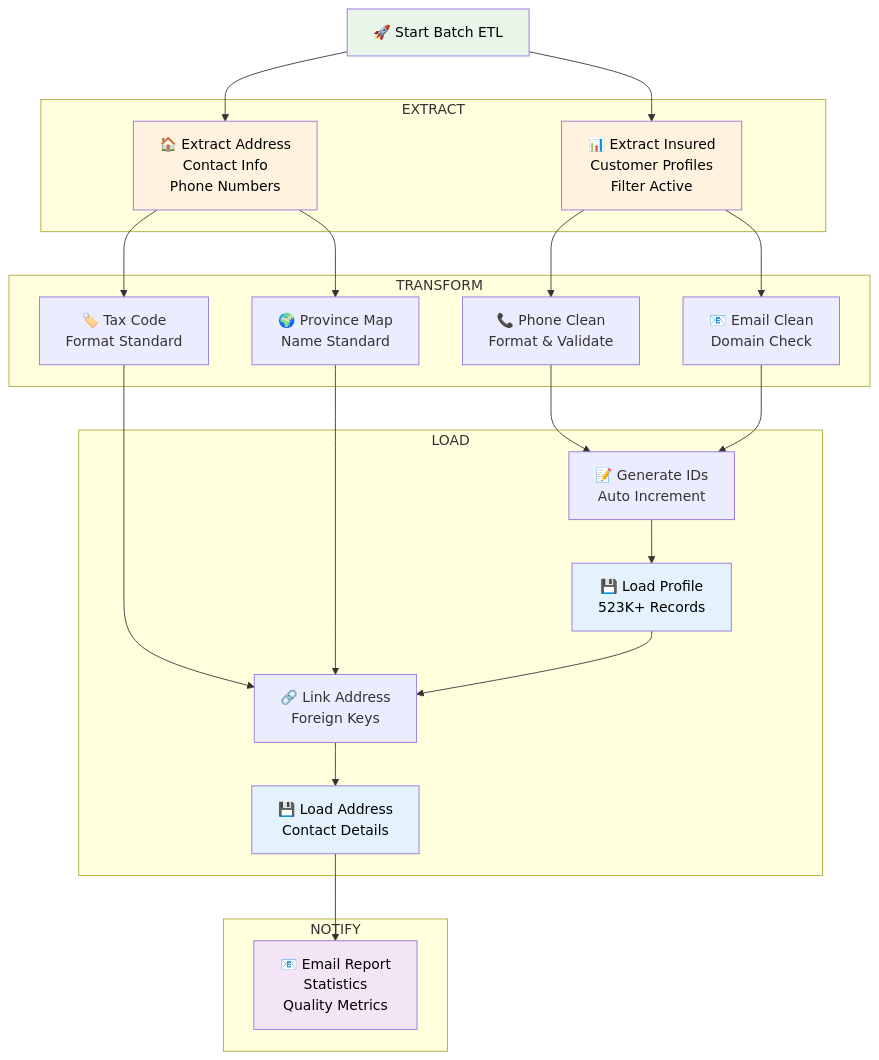
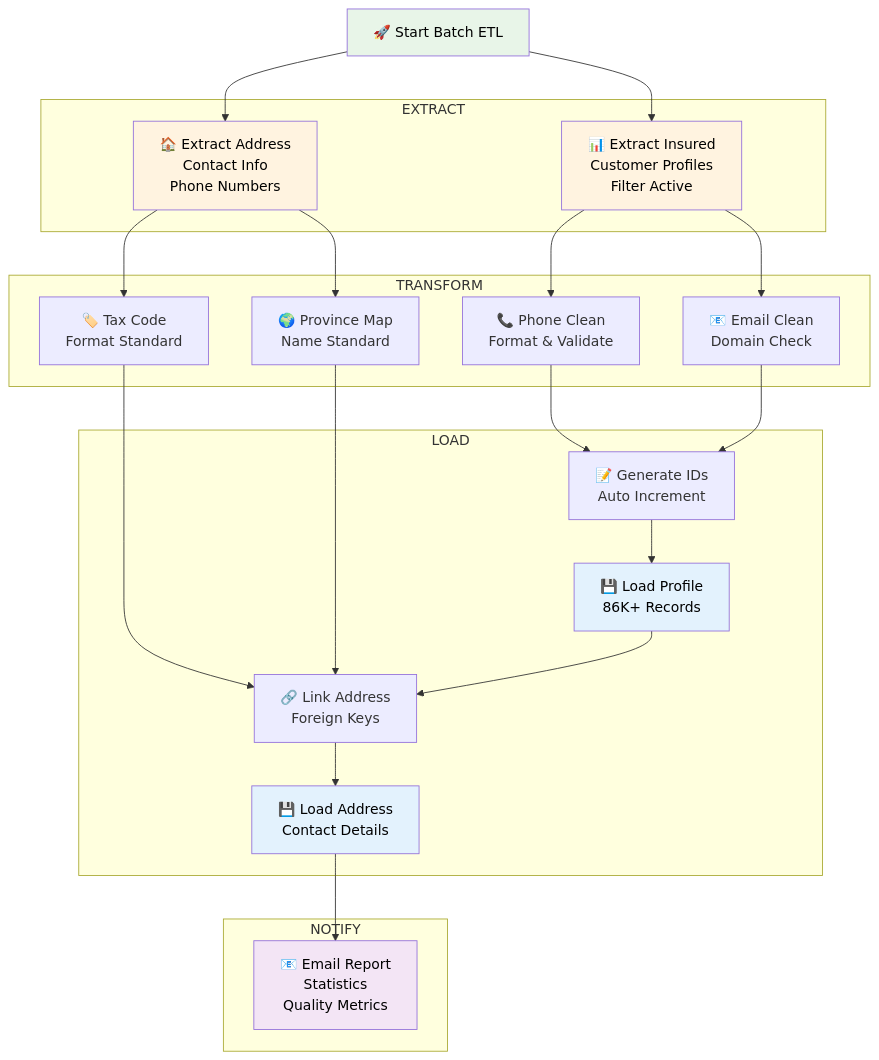
One commit to sonphampac/ReportAI changed the third of 13 diagrams in README_CDP_PAC.md. Above: the diagram before and after it, drawn with Mermaid. The commit also changed other lines of this file, not shown here.

````diff
--- a/README_CDP_PAC.md
+++ b/README_CDP_PAC.md
@@ -500,49 +458,49 @@
 ```mermaid
 graph TD
     Start["🚀 Start Batch ETL"] 
     
     subgraph "EXTRACT"
         E1["📊 Extract Insured<br/>Customer Profiles<br/>Filter Active"]
         E2["🏠 Extract Address<br/>Contact Info<br/>Phone Numbers"]
     end
     
     subgraph "TRANSFORM"
         T1["📞 Phone Clean<br/>Format & Validate"]
         T2["📧 Email Clean<br/>Domain Check"]
         T3["🏷️ Tax Code<br/>Format Standard"]
         T4["🌍 Province Map<br/>Name Standard"]
     end
     
     subgraph "LOAD"
         L1["📝 Generate IDs<br/>Auto Increment"]
-        L2["💾 Load Profile<br/>523K+ Records"]
+        L2["💾 Load Profile<br/>86K+ Records"]
         L3["🔗 Link Address<br/>Foreign Keys"]
         L4["💾 Load Address<br/>Contact Details"]
     end
     
     subgraph "NOTIFY"
         N1["📧 Email Report<br/>Statistics<br/>Quality Metrics"]
     end
     
     Start --> E1
     Start --> E2
     E1 --> T1
     E1 --> T2
     E2 --> T3
     E2 --> T4
     T1 --> L1
     T2 --> L1
     L1 --> L2
     T3 --> L3
     T4 --> L3
     L2 --> L3
     L3 --> L4
     L4 --> N1
     
     style Start fill:#e8f5e8,color:#000000
     style E1 fill:#fff3e0,color:#000000
     style E2 fill:#fff3e0,color:#000000
     style L2 fill:#e3f2fd,color:#000000
     style L4 fill:#e3f2fd,color:#000000
     style N1 fill:#f3e5f5,color:#000000
 ```
````
